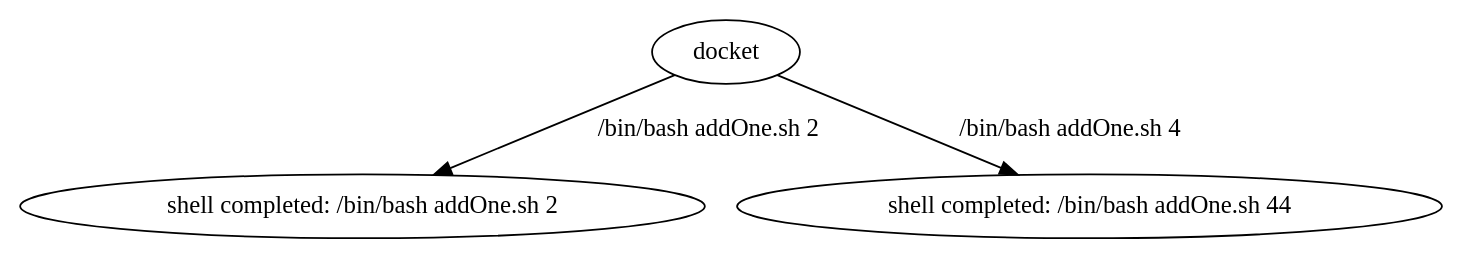
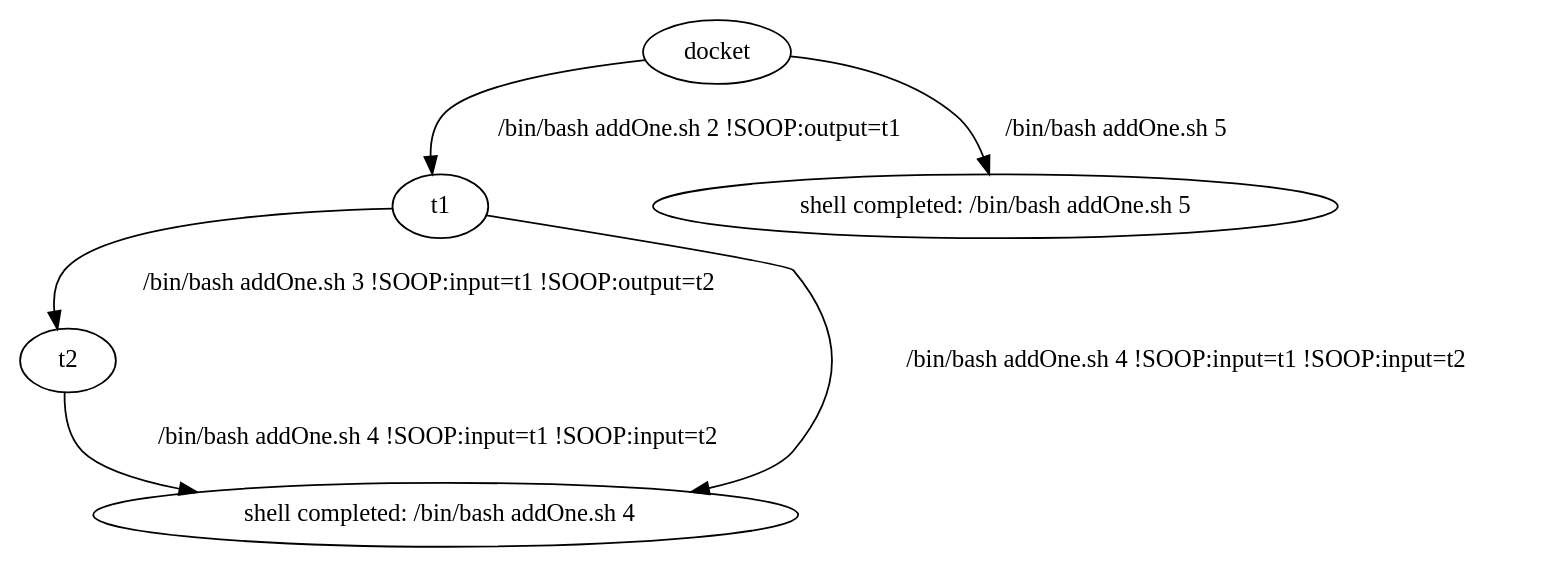
Before and after one commit to radixCSgeek/soop: the diagram in Soop/Soop/web/workflow.dot, drawn with Graphviz. The commit also changed 5 other files, not shown here.

```diff
--- a/Soop/Soop/web/workflow.dot
+++ b/Soop/Soop/web/workflow.dot
@@ -1,7 +1,12 @@
 digraph G {
   1 [label = "docket"];
-  2 [label = "shell completed: /bin/bash addOne.sh 2"];
-  3 [label = "shell completed: /bin/bash addOne.sh 44"];
-  1 -> 2 [label = "/bin/bash addOne.sh 2"];
-  1 -> 3 [label = "/bin/bash addOne.sh 4"];
+  2 [label = "t1"];
+  3 [label = "t2"];
+  4 [label = "shell completed: /bin/bash addOne.sh 4  "];
+  5 [label = "shell completed: /bin/bash addOne.sh 5"];
+  1 -> 2 [label = "/bin/bash addOne.sh 2 !SOOP:output=t1"];
+  3 -> 4 [label = "/bin/bash addOne.sh 4 !SOOP:input=t1 !SOOP:input=t2"];
+  2 -> 4 [label = "/bin/bash addOne.sh 4 !SOOP:input=t1 !SOOP:input=t2"];
+  1 -> 5 [label = "/bin/bash addOne.sh 5"];
+  2 -> 3 [label = "/bin/bash addOne.sh 3 !SOOP:input=t1 !SOOP:output=t2"];
 }
```
